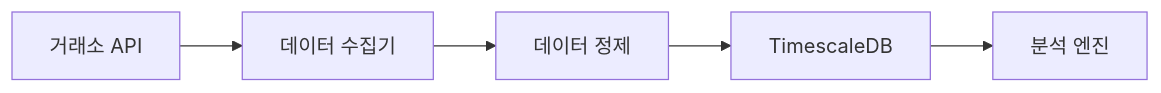
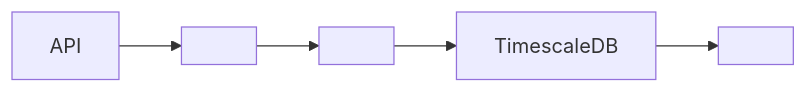
Before and after one commit to Russ481-k/Russ481-k.github.io: the diagram in posts/ko/entasis_engin_5.md, drawn with Mermaid. The commit also changed other lines of this file and 69 other files, not shown here.

````diff
--- a/posts/ko/entasis_engin_5.md
+++ b/posts/ko/entasis_engin_5.md
@@ -176,7 +176,7 @@
 ```mermaid
 graph LR
-    A[거래소 API] --> B[데이터 수집기]
-    B --> C[데이터 정제]
+    A[ API] --> B[ ]
+    B --> C[ ]
     C --> D[TimescaleDB]
-    D --> E[분석 엔진]
+    D --> E[ ]
 ```
````
